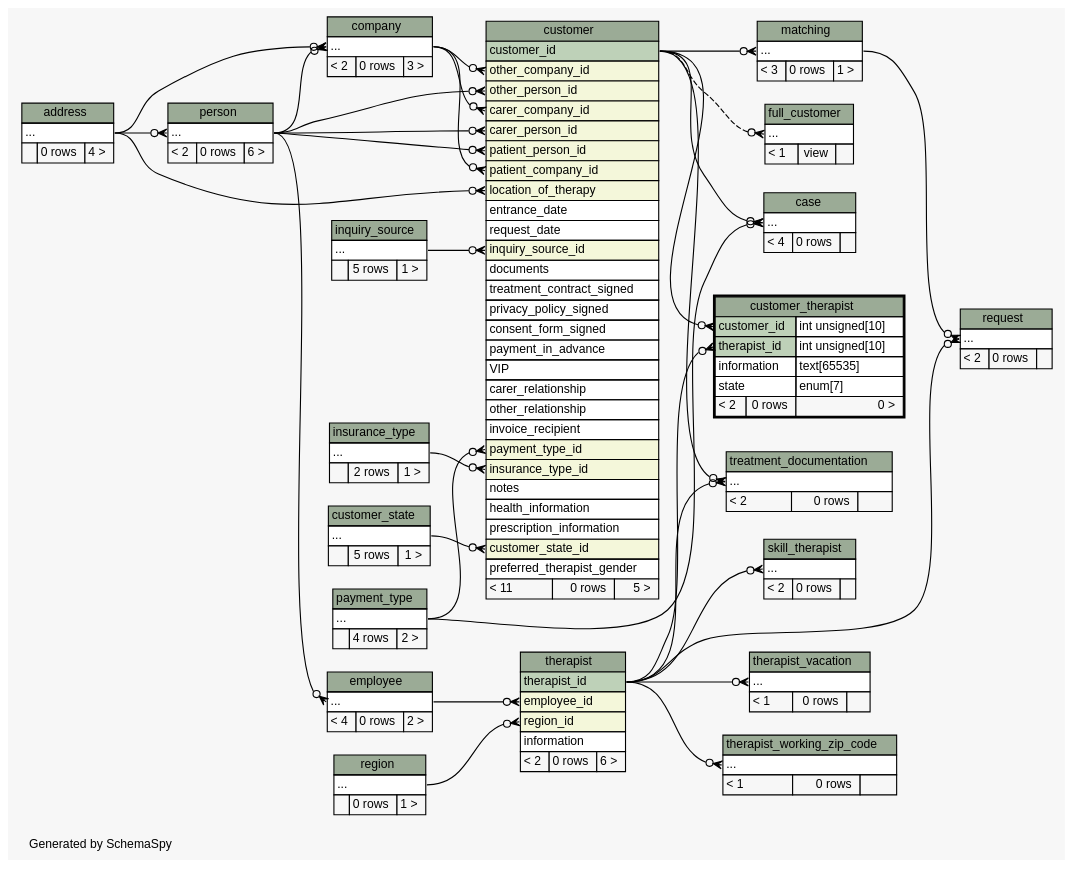
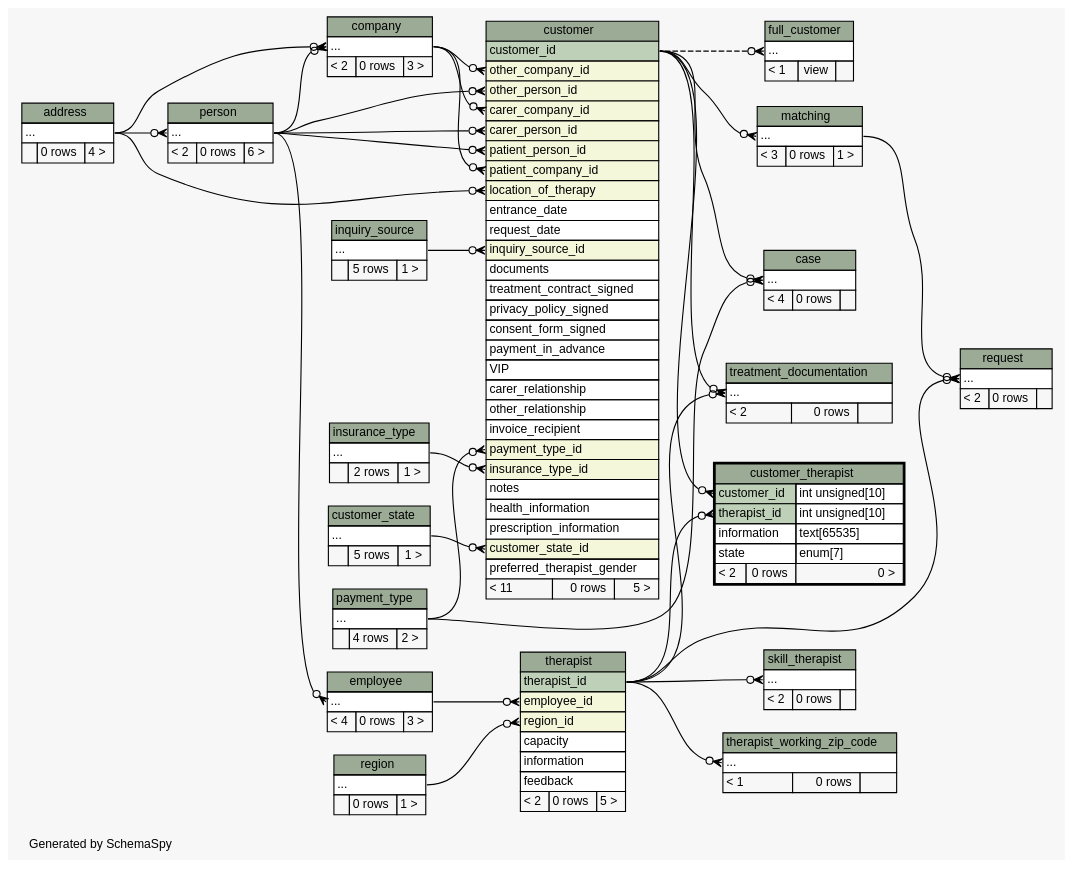
One commit to KaiBMP/KaiBMP.github.io changed the diagram in diagrams/customer_therapist.implied2degrees.dot. Above: the diagram before and after it, drawn with Graphviz. The commit also changed 153 other files, not shown here.

Commit message:
schemaspy update

```diff
--- a/diagrams/customer_therapist.implied2degrees.dot
+++ b/diagrams/customer_therapist.implied2degrees.dot
@@ -45,7 +45,6 @@
   "skill_therapist":"elipses":w -> "therapist":"therapist_id":e [arrowhead=none dir=back arrowtail=crowodot];
   "therapist":"employee_id":w -> "employee":"elipses":e [arrowhead=none dir=back arrowtail=crowodot];
   "therapist":"region_id":w -> "region":"elipses":e [arrowhead=none dir=back arrowtail=crowodot];
-  "therapist_vacation":"elipses":w -> "therapist":"therapist_id":e [arrowhead=none dir=back arrowtail=crowodot];
   "therapist_working_zip_code":"elipses":w -> "therapist":"therapist_id":e [arrowhead=none dir=back arrowtail=crowodot];
   "treatment_documentation":"elipses":w -> "customer":"customer_id":e [arrowhead=none dir=back arrowtail=crowodot];
   "treatment_documentation":"elipses":w -> "therapist":"therapist_id":e [arrowhead=none dir=back arrowtail=crowodot];
@@ -143,7 +142,7 @@
     <TABLE BORDER="0" CELLBORDER="1" CELLSPACING="0" BGCOLOR="#ffffff">
       <TR><TD COLSPAN="3" BGCOLOR="#9bab96" ALIGN="CENTER">employee</TD></TR>
       <TR><TD PORT="elipses" COLSPAN="3" ALIGN="LEFT">...</TD></TR>
-      <TR><TD ALIGN="LEFT" BGCOLOR="#f7f7f7">&lt; 4</TD><TD ALIGN="RIGHT" BGCOLOR="#f7f7f7">0 rows</TD><TD ALIGN="RIGHT" BGCOLOR="#f7f7f7">2 &gt;</TD></TR>
+      <TR><TD ALIGN="LEFT" BGCOLOR="#f7f7f7">&lt; 4</TD><TD ALIGN="RIGHT" BGCOLOR="#f7f7f7">0 rows</TD><TD ALIGN="RIGHT" BGCOLOR="#f7f7f7">3 &gt;</TD></TR>
     </TABLE>>
     URL="employee.html"
     tooltip="employee"
@@ -245,21 +244,13 @@
       <TR><TD PORT="therapist_id" COLSPAN="3" BGCOLOR="#bed1b8" ALIGN="LEFT">therapist_id</TD></TR>
       <TR><TD PORT="employee_id" COLSPAN="3" BGCOLOR="#f4f7da" ALIGN="LEFT">employee_id</TD></TR>
       <TR><TD PORT="region_id" COLSPAN="3" BGCOLOR="#f4f7da" ALIGN="LEFT">region_id</TD></TR>
+      <TR><TD PORT="capacity" COLSPAN="3" ALIGN="LEFT">capacity</TD></TR>
       <TR><TD PORT="information" COLSPAN="3" ALIGN="LEFT">information</TD></TR>
-      <TR><TD ALIGN="LEFT" BGCOLOR="#f7f7f7">&lt; 2</TD><TD ALIGN="RIGHT" BGCOLOR="#f7f7f7">0 rows</TD><TD ALIGN="RIGHT" BGCOLOR="#f7f7f7">6 &gt;</TD></TR>
+      <TR><TD PORT="feedback" COLSPAN="3" ALIGN="LEFT">feedback</TD></TR>
+      <TR><TD ALIGN="LEFT" BGCOLOR="#f7f7f7">&lt; 2</TD><TD ALIGN="RIGHT" BGCOLOR="#f7f7f7">0 rows</TD><TD ALIGN="RIGHT" BGCOLOR="#f7f7f7">5 &gt;</TD></TR>
     </TABLE>>
     URL="therapist.html"
     tooltip="therapist"
-  ];
-  "therapist_vacation" [
-    label=<
-    <TABLE BORDER="0" CELLBORDER="1" CELLSPACING="0" BGCOLOR="#ffffff">
-      <TR><TD COLSPAN="3" BGCOLOR="#9bab96" ALIGN="CENTER">therapist_vacation</TD></TR>
-      <TR><TD PORT="elipses" COLSPAN="3" ALIGN="LEFT">...</TD></TR>
-      <TR><TD ALIGN="LEFT" BGCOLOR="#f7f7f7">&lt; 1</TD><TD ALIGN="RIGHT" BGCOLOR="#f7f7f7">0 rows</TD><TD ALIGN="RIGHT" BGCOLOR="#f7f7f7">  </TD></TR>
-    </TABLE>>
-    URL="therapist_vacation.html"
-    tooltip="therapist_vacation"
   ];
   "therapist_working_zip_code" [
     label=<
```
